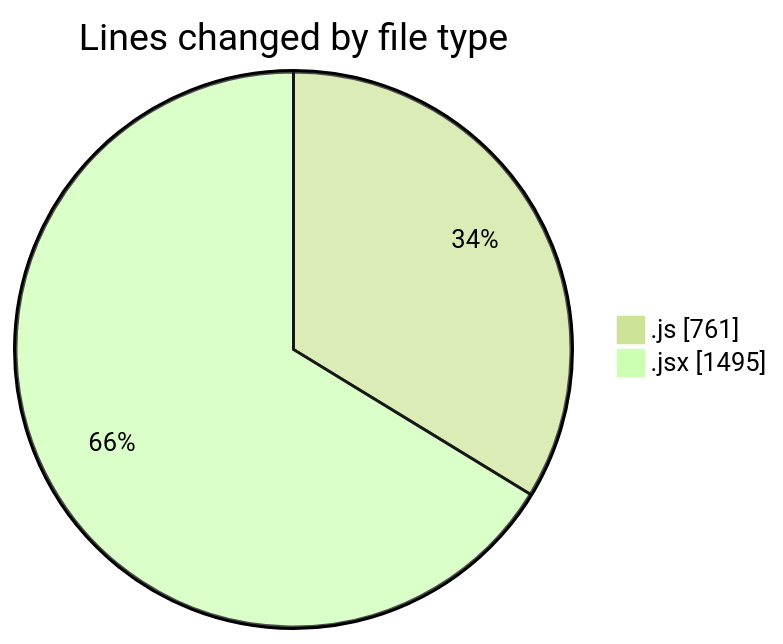
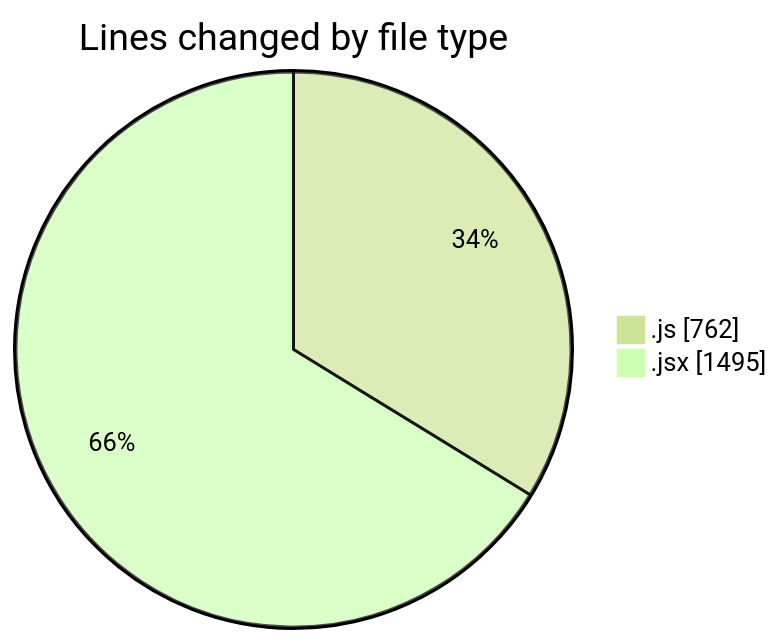
One commit to nxtqubesakshisongat/code-tracking changed the first of 2 diagrams in 2025-07-01/argos/README.md. Above: the diagram before and after it, drawn with Mermaid (forest theme). The commit also changed other lines of this file and 1 other file, not shown here.

````diff
--- a/2025-07-01/argos/README.md
+++ b/2025-07-01/argos/README.md
@@ -27,6 +27,6 @@
 ```mermaid
 pie showData
 title Lines changed by file type
-".js" : 761
+".js" : 762
 ".jsx" : 1495
 ```
````
